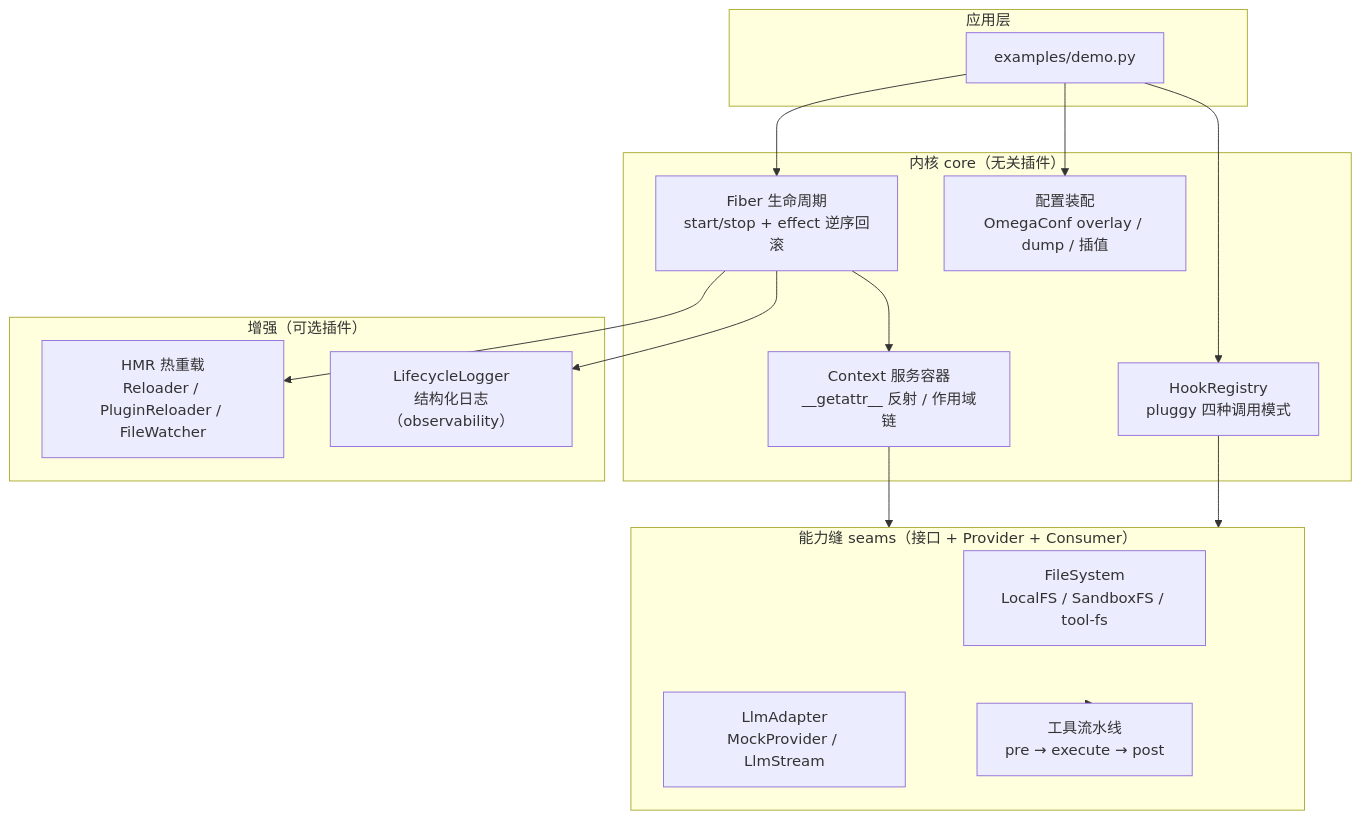
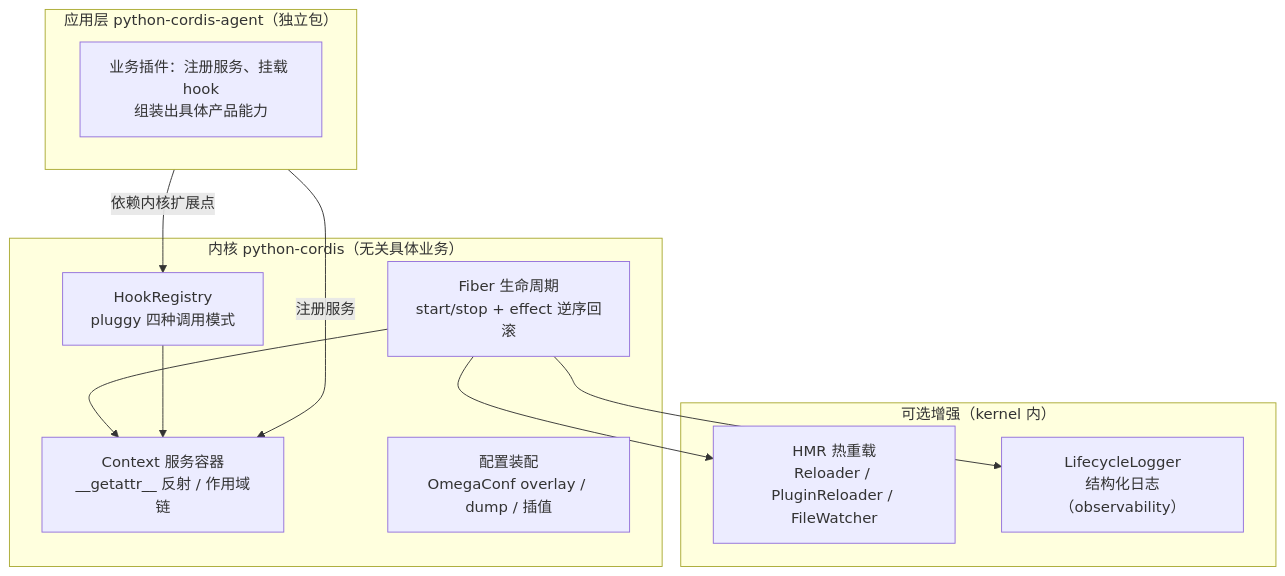
Before and after one commit to peroxider/python-cordis: the diagram in README.md, drawn with Mermaid. The commit also changed other lines of this file and 44 other files, not shown here.

````diff
--- a/README.md
+++ b/README.md
@@ -44,33 +54,25 @@
 ```mermaid
 flowchart TD
-    subgraph Apps["应用层"]
-        Demo["examples/demo.py"]
-    end
-
-    subgraph Core["内核 core（无关插件）"]
+    subgraph Core["内核 python-cordis（无关具体业务）"]
         Hooks["HookRegistry<br/>pluggy 四种调用模式"]
         Ctx["Context 服务容器<br/>__getattr__ 反射 / 作用域链"]
         Fiber["Fiber 生命周期<br/>start/stop + effect 逆序回滚"]
         Config["配置装配<br/>OmegaConf overlay / dump / 插值"]
     end
 
-    subgraph Seams["能力缝 seams（接口 + Provider + Consumer）"]
-        FS["FileSystem<br/>LocalFS / SandboxFS / tool-fs"]
-        LLM["LlmAdapter<br/>MockProvider / LlmStream"]
-        Pipe["工具流水线<br/>pre → execute → post"]
-    end
-
-    subgraph Enhance["增强（可选插件）"]
+    subgraph Enhance["可选增强（kernel 内）"]
         HMR["HMR 热重载<br/>Reloader / PluginReloader / FileWatcher"]
         Obs["LifecycleLogger<br/>结构化日志（observability）"]
     end
 
-    Demo --> Config
-    Demo --> Fiber --> Ctx
-    Demo --> Hooks
-    Hooks --> Seams
-    Ctx --> Seams
-    Seams --> Pipe
+    subgraph App["应用层 python-cordis-agent（独立包）"]
+        Biz["业务插件：注册服务、挂载 hook<br/>组装出具体产品能力"]
+    end
+
+    Fiber --> Ctx
+    Hooks --> Ctx
     Fiber --> HMR
     Fiber --> Obs
+    App -- "依赖内核扩展点" --> Hooks
+    App -- "注册服务" --> Ctx
 ```
````
